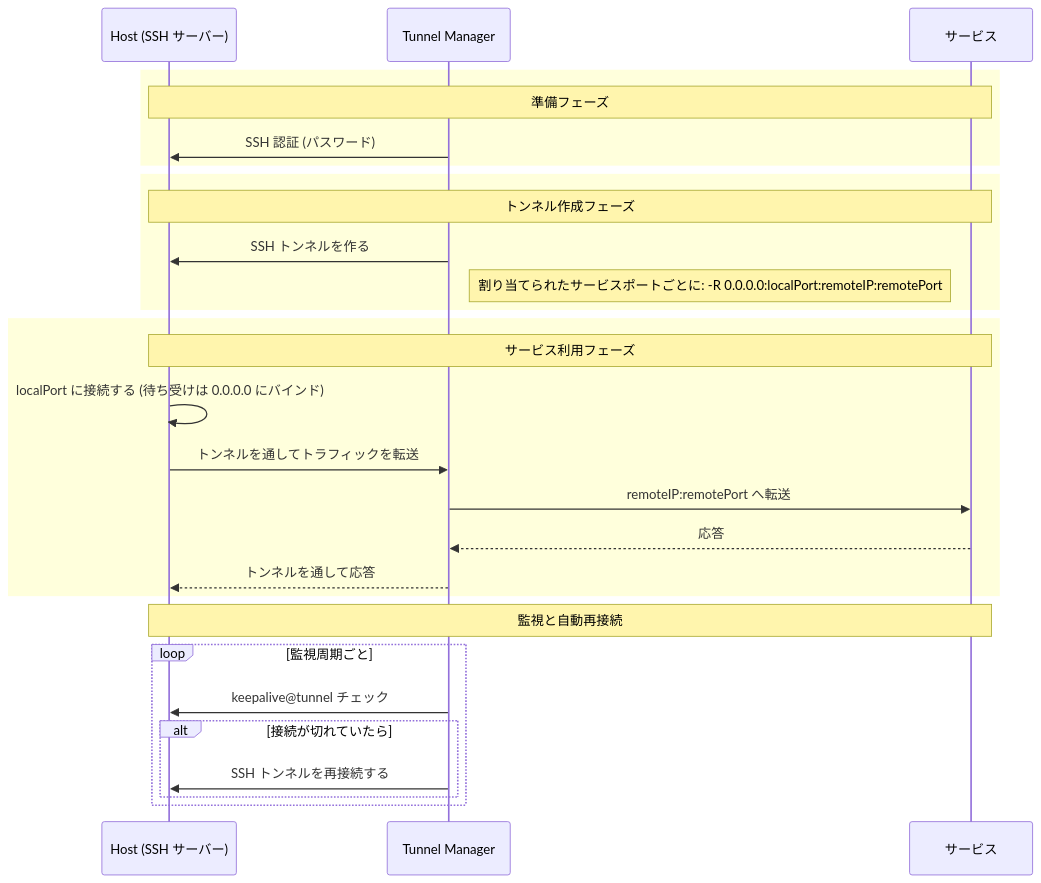
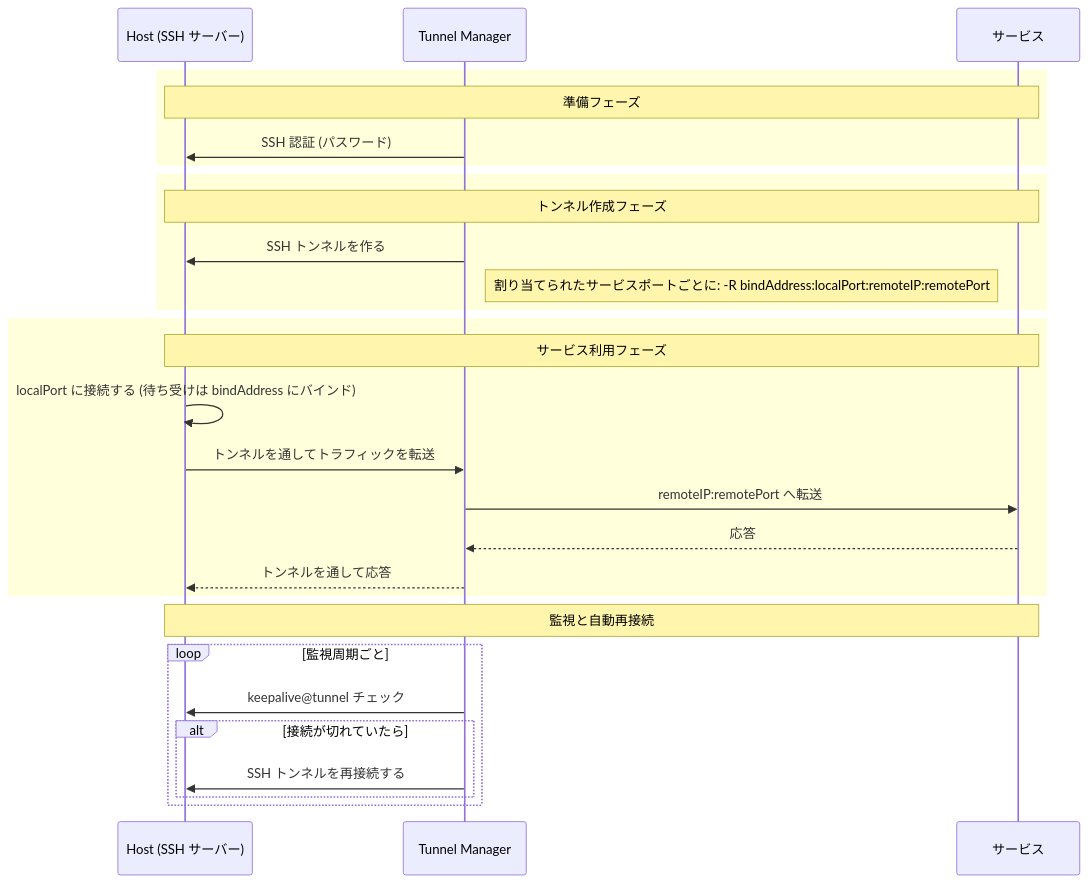
One commit to jollaman999/tunnel-manager changed the diagram in docs/reference.ja.md. Above: the diagram before and after it, drawn with Mermaid. The commit also changed other lines of this file and 26 other files, not shown here.

First line of the commit message:
tunnel: Let a service port say which address the Host opens it on

````diff
--- a/docs/reference.ja.md
+++ b/docs/reference.ja.md
@@ -181,34 +181,34 @@
 ```mermaid
 sequenceDiagram
     participant Host as Host (SSH サーバー)
     participant Bastion as Tunnel Manager
     participant WAS as サービス
 
     rect rgb(255, 255, 220)
         Note over Host,WAS: 準備フェーズ
         Bastion->>Host: SSH 認証 (パスワード)
     end
 
     rect rgb(255, 255, 220)
         Note over Host,WAS: トンネル作成フェーズ
         Bastion->>Host: SSH トンネルを作る
-        Note right of Bastion: 割り当てられたサービスポートごとに: -R 0.0.0.0:localPort:remoteIP:remotePort
+        Note right of Bastion: 割り当てられたサービスポートごとに: -R bindAddress:localPort:remoteIP:remotePort
     end
 
     rect rgb(255, 255, 220)
         Note over Host,WAS: サービス利用フェーズ
-        Host->>Host: localPort に接続する (待ち受けは 0.0.0.0 にバインド)
+        Host->>Host: localPort に接続する (待ち受けは bindAddress にバインド)
         Host->>Bastion: トンネルを通してトラフィックを転送
         Bastion->>WAS: remoteIP:remotePort へ転送
         WAS-->>Bastion: 応答
         Bastion-->>Host: トンネルを通して応答
     end
 
     Note over Host,WAS: 監視と自動再接続
     loop 監視周期ごと
         Bastion->>Host: keepalive@tunnel チェック
         alt 接続が切れていたら
             Bastion->>Host: SSH トンネルを再接続する
         end
     end
 ```
````
